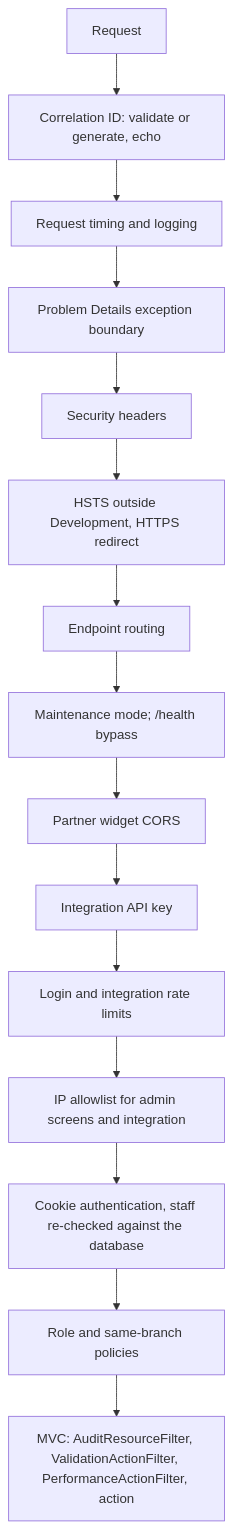
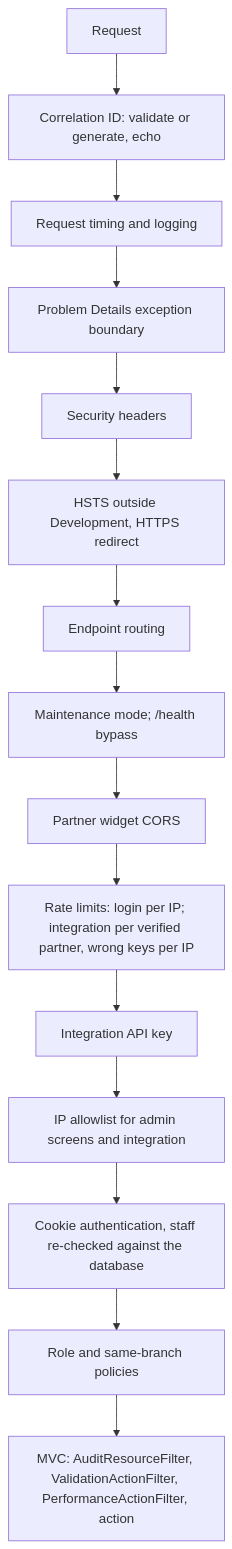
One commit to NarendraDappili/ApexPostLogisticsRepo changed the seventh of 7 diagrams in DESIGN.md. Above: the diagram before and after it, drawn with Mermaid. The commit also changed other lines of this file and 61 other files, not shown here.

````diff
--- a/DESIGN.md
+++ b/DESIGN.md
@@ -470,17 +470,17 @@
 ```mermaid
 flowchart TD
     Request --> Correlation[Correlation ID: validate or generate, echo]
     Correlation --> Timing[Request timing and logging]
     Timing --> Errors[Problem Details exception boundary]
     Errors --> Headers[Security headers]
     Headers --> HTTPS[HSTS outside Development, HTTPS redirect]
     HTTPS --> Routing[Endpoint routing]
     Routing --> Maintenance[Maintenance mode; /health bypass]
     Maintenance --> CORS[Partner widget CORS]
-    CORS --> ApiKey[Integration API key]
-    ApiKey --> Limits[Login and integration rate limits]
-    Limits --> IP[IP allowlist for admin screens and integration]
+    CORS --> Limits[Rate limits: login per IP; integration per verified partner, wrong keys per IP]
+    Limits --> ApiKey[Integration API key]
+    ApiKey --> IP[IP allowlist for admin screens and integration]
     IP --> Cookie[Cookie authentication, staff re-checked against the database]
     Cookie --> Authz[Role and same-branch policies]
     Authz --> Mvc[MVC: AuditResourceFilter, ValidationActionFilter, PerformanceActionFilter, action]
 ```
````
